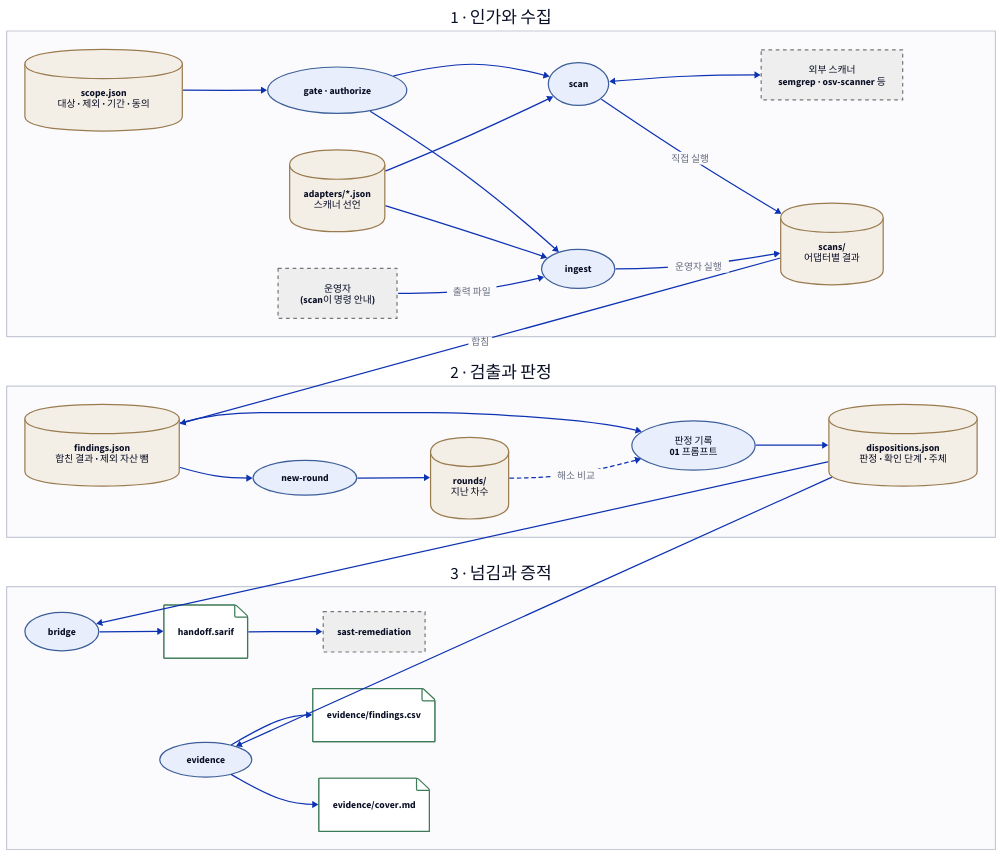
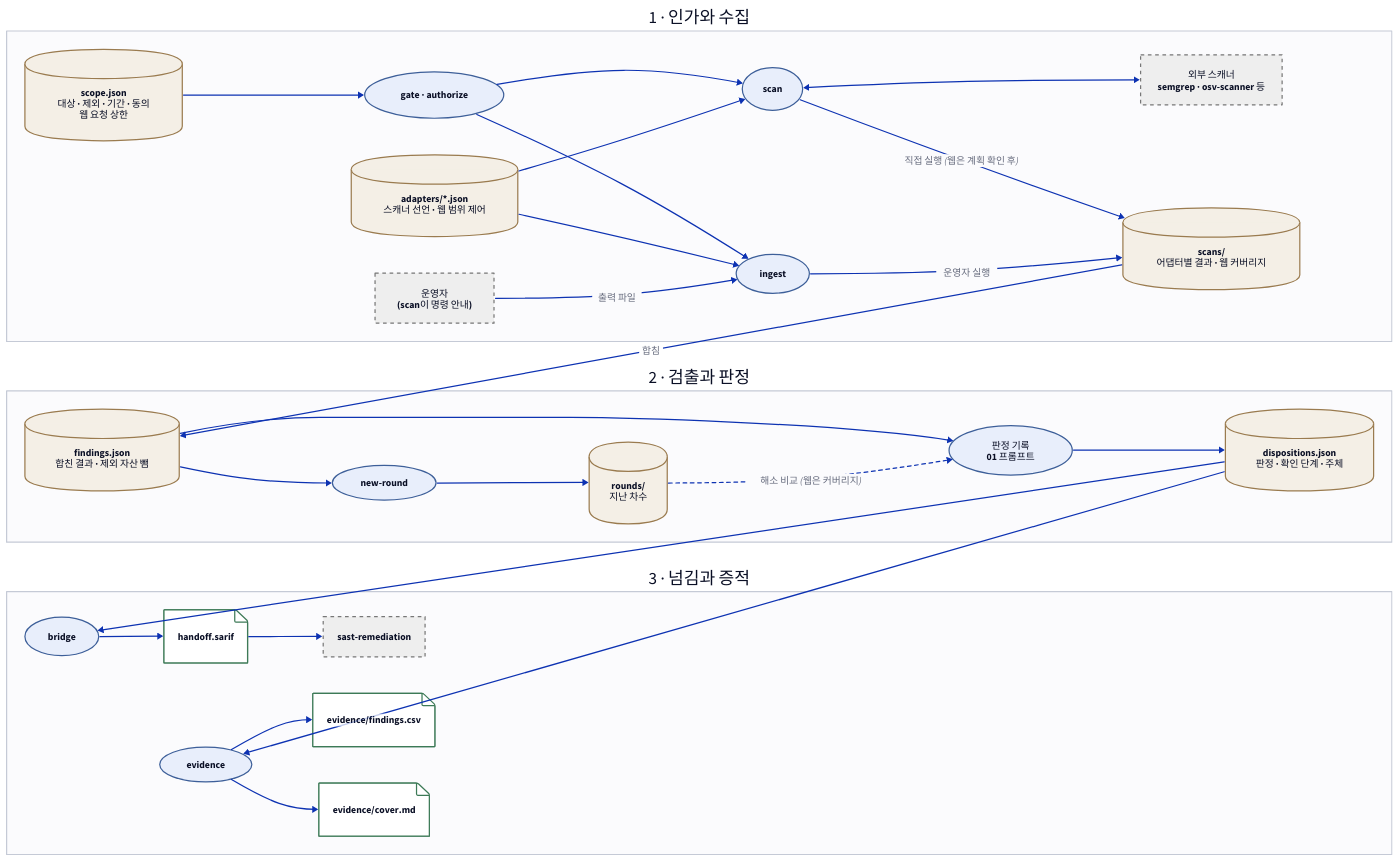
One commit to seo0tak/agent-skills changed the diagram in skills/security-assessment/toolkit/docs/diagrams/architecture.d2. Above: the diagram before and after it, drawn with D2. The commit also changed 41 other files, not shown here.

```diff
--- a/skills/security-assessment/toolkit/docs/diagrams/architecture.d2
+++ b/skills/security-assessment/toolkit/docs/diagrams/architecture.d2
@@ -1,59 +1,59 @@
 # security-assessment 구조도. 고친 뒤 저장소 루트에서 python3 scripts/render_diagrams.py
 grid-rows: 3
 grid-gap: 40
 classes: {
   store: {shape: cylinder; style: {fill: "#f4efe6"; stroke: "#9a7b4f"}}
   proc: {shape: oval; style: {fill: "#e8eefb"; stroke: "#3d5f99"}}
   ext: {style: {fill: "#eeeeee"; stroke: "#777777"; stroke-dash: 3}}
   out: {shape: page; style: {fill: "#ffffff"; stroke: "#3d7a57"}}
   stage: {style: {fill: "#fbfbfd"; stroke: "#c5cad6"}}
 }
 collect: "1 · 인가와 수집" {
   class: stage
   direction: right
-  scope: "scope.json\n대상 · 제외 · 기간 · 동의" {class: store}
-  adapters: "adapters/*.json\n스캐너 선언" {class: store}
+  scope: "scope.json\n대상 · 제외 · 기간 · 동의\n웹 요청 상한" {class: store}
+  adapters: "adapters/*.json\n스캐너 선언 · 웹 범위 제어" {class: store}
   gate: "gate · authorize" {class: proc}
   scan: "scan" {class: proc}
   ext: "외부 스캐너\nsemgrep · osv-scanner 등" {class: ext}
   operator: "운영자\n(scan이 명령 안내)" {class: ext}
   ingest: "ingest" {class: proc}
-  scans: "scans/\n어댑터별 결과" {class: store}
+  scans: "scans/\n어댑터별 결과 · 웹 커버리지" {class: store}
   scope -> gate
   gate -> scan
   gate -> ingest
   adapters -> scan
   adapters -> ingest
   scan <-> ext
-  scan -> scans: "직접 실행"
+  scan -> scans: "직접 실행 (웹은 계획 확인 후)"
   operator -> ingest: "출력 파일"
   ingest -> scans: "운영자 실행"
 }
 judge: "2 · 검출과 판정" {
   class: stage
   direction: right
   findings: "findings.json\n합친 결과 · 제외 자산 뺌" {class: store}
   round: "new-round" {class: proc}
   rounds: "rounds/\n지난 차수" {class: store}
   dispositions: "판정 기록\n01 프롬프트" {class: proc}
   disp: "dispositions.json\n판정 · 확인 단계 · 주체" {class: store}
   findings -> round -> rounds
   findings -> dispositions -> disp
-  rounds -> dispositions: "해소 비교" {style.stroke-dash: 3}
+  rounds -> dispositions: "해소 비교 (웹은 커버리지)" {style.stroke-dash: 3}
 }
 out: "3 · 넘김과 증적" {
   class: stage
   direction: right
   bridge: "bridge" {class: proc}
   sarif: "handoff.sarif" {class: out}
   sr: "sast-remediation" {class: ext}
   ev: "evidence" {class: proc}
   csv: "evidence/findings.csv" {class: out}
   cover: "evidence/cover.md" {class: out}
   bridge -> sarif -> sr
   ev -> csv
   ev -> cover
 }
 collect.scans -> judge.findings: "합침"
 judge.disp -> out.bridge
 judge.disp -> out.ev
```
